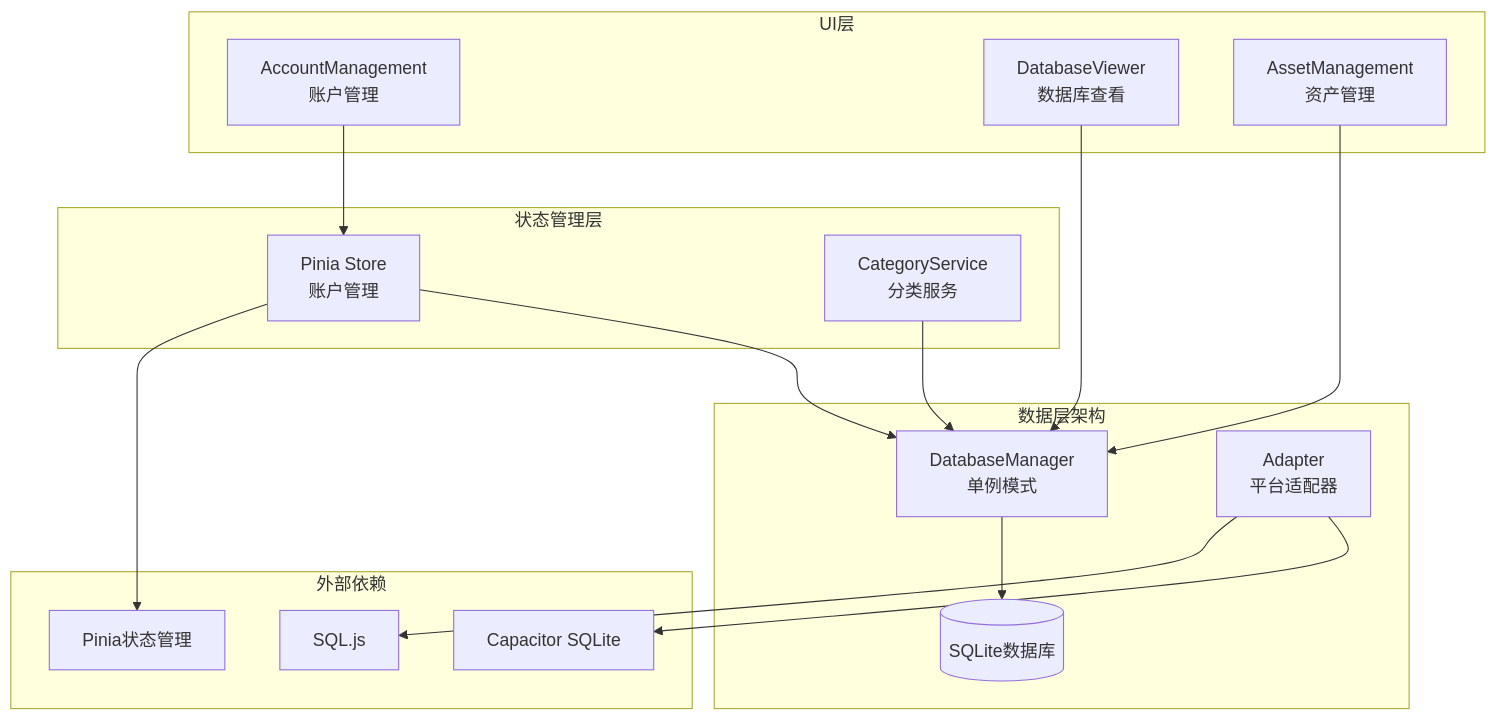
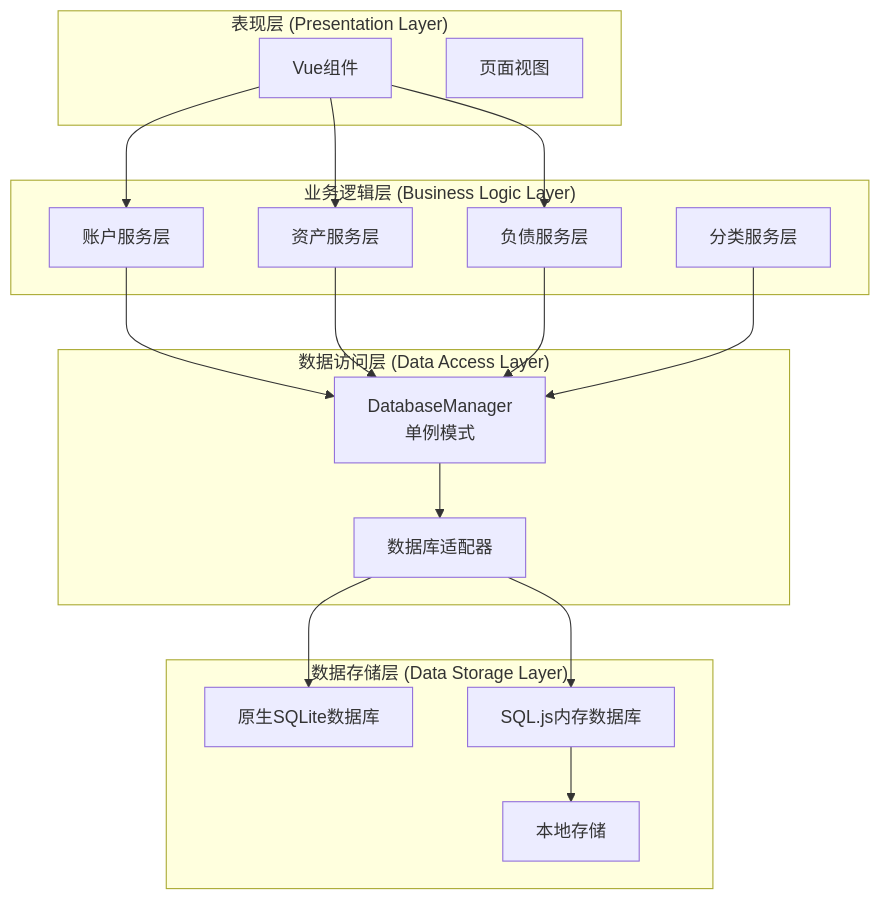
The first of 15 diagrams in .qoder/repowiki/zh/content/架构设计/数据层架构设计.md (xiao-lin-unit/yuan), drawn with Mermaid before and after one commit. The commit also changed other lines of this file and 21 other files, not shown here.

````diff
--- a/.qoder/repowiki/zh/content/架构设计/数据层架构设计.md
+++ b/.qoder/repowiki/zh/content/架构设计/数据层架构设计.md
@@ -36,31 +52,33 @@
 ```mermaid
 graph TB
-subgraph "数据层架构"
-DM[DatabaseManager<br/>单例模式]
-AD[Adapter<br/>平台适配器]
-DB[(SQLite数据库)]
+subgraph "表现层 (Presentation Layer)"
+UI[Vue组件]
+Views[页面视图]
 end
-subgraph "状态管理层"
-PS[Pinia Store<br/>账户管理]
-CS[CategoryService<br/>分类服务]
+subgraph "业务逻辑层 (Business Logic Layer)"
+AccountService[账户服务层]
+AssetService[资产服务层]
+LiabilityService[负债服务层]
+CategoryService[分类服务层]
 end
-subgraph "UI层"
-AM[AccountManagement<br/>账户管理]
-DV[DatabaseViewer<br/>数据库查看]
-AS[AssetManagement<br/>资产管理]
+subgraph "数据访问层 (Data Access Layer)"
+DatabaseManager[DatabaseManager<br/>单例模式]
+Adapter[数据库适配器]
 end
-subgraph "外部依赖"
-CAP[Capacitor SQLite]
-SQLJS[SQL.js]
-PINIA[Pinia状态管理]
+subgraph "数据存储层 (Data Storage Layer)"
+NativeDB[原生SQLite数据库]
+WebDB[SQL.js内存数据库]
+LocalStorage[本地存储]
 end
-DM --> DB
-AD --> CAP
-AD --> SQLJS
-PS --> DM
-CS --> DM
-AM --> PS
-DV --> DM
-AS --> DM
-PS --> PINIA
+UI --> AccountService
+UI --> AssetService
+UI --> LiabilityService
+AccountService --> DatabaseManager
+AssetService --> DatabaseManager
+LiabilityService --> DatabaseManager
+CategoryService --> DatabaseManager
+DatabaseManager --> Adapter
+Adapter --> NativeDB
+Adapter --> WebDB
+WebDB --> LocalStorage
 ```
````
